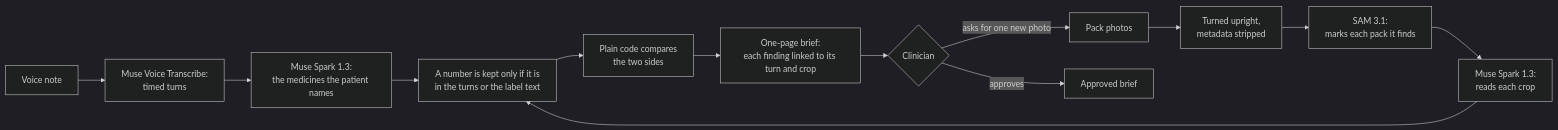
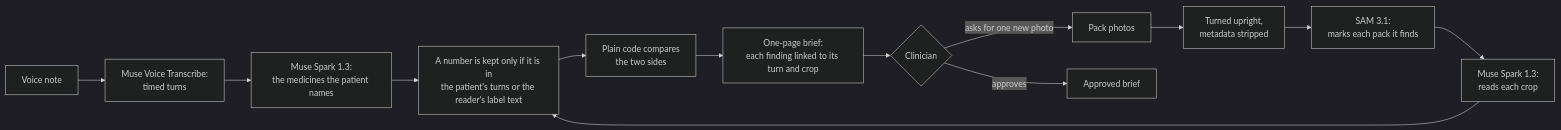
Before and after one commit to DrAhmed7887/anamnesis: the diagram in README.md, drawn with Mermaid (dark theme). The commit also changed other lines of this file and 1 other file, not shown here.

````diff
--- a/README.md
+++ b/README.md
@@ -19,15 +19,15 @@
 ```mermaid
 flowchart LR
     voice["Voice note"] --> vt["Muse Voice Transcribe:<br/>timed turns"]
     vt --> cx["Muse Spark 1.3:<br/>the medicines the patient names"]
     photo["Pack photos"] --> clean["Turned upright,<br/>metadata stripped"]
     clean --> sam["SAM 3.1:<br/>marks each pack it finds"]
     sam --> rd["Muse Spark 1.3:<br/>reads each crop"]
-    cx --> st["A number is kept only if it is<br/>in the turns or the label text"]
+    cx --> st["A number is kept only if it is in<br/>the patient's turns or the reader's label text"]
     rd --> st
     st --> cmp["Plain code compares<br/>the two sides"]
     cmp --> brief["One-page brief:<br/>each finding linked to its turn and crop"]
     brief --> doc{"Clinician"}
     doc -- "asks for one new photo" --> photo
     doc -- "approves" --> signed["Approved brief"]
 ```
````
